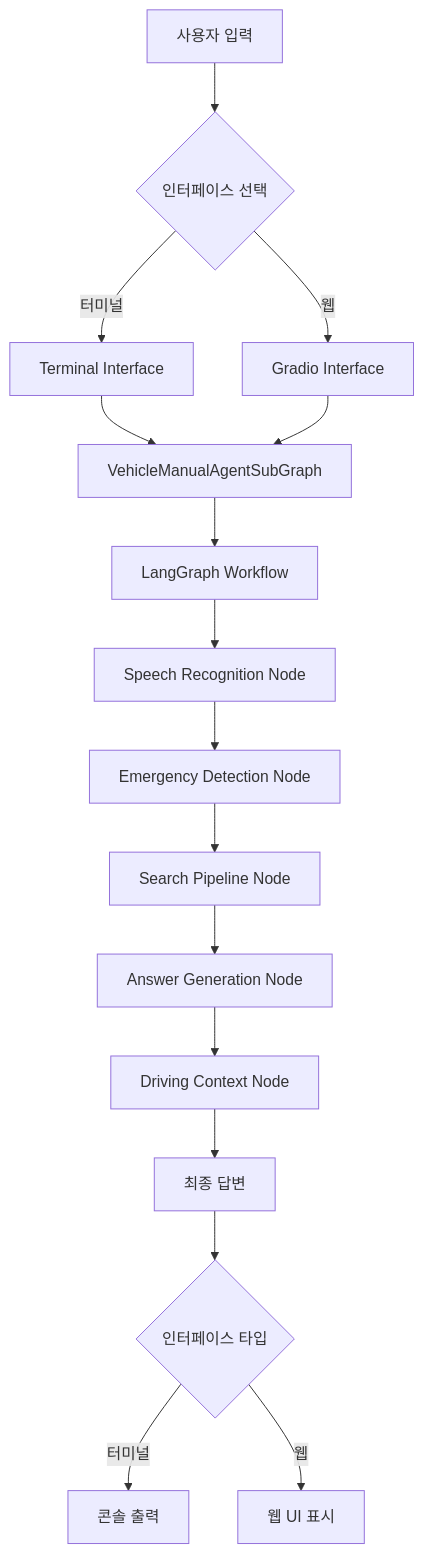
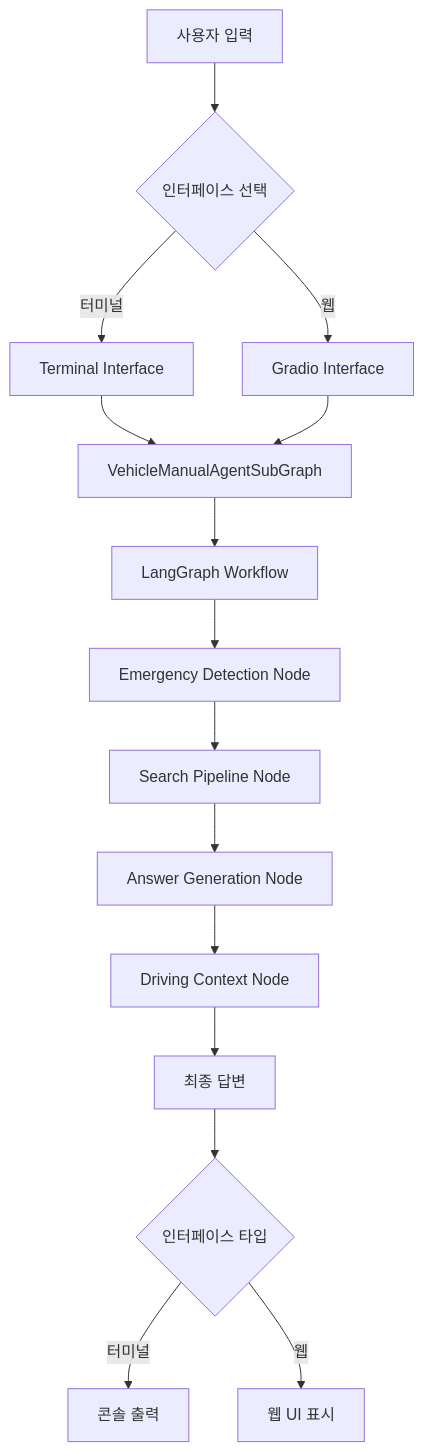
One commit to sungjikim/llm-project-vehicleManualAgent changed the first of 6 diagrams in vehicle_agent_flow_diagram.md. Above: the diagram before and after it, drawn with Mermaid. The commit also changed other lines of this file and 2 other files, not shown here.

Commit message:
diagram 보완 및 readme 보완 진행

````diff
--- a/vehicle_agent_flow_diagram.md
+++ b/vehicle_agent_flow_diagram.md
@@ -5,22 +5,21 @@
 ```mermaid
 graph TD
     A[사용자 입력] --> B{인터페이스 선택}
     B -->|터미널| C[Terminal Interface]
     B -->|웹| D[Gradio Interface]
     
     C --> E[VehicleManualAgentSubGraph]
     D --> E
     
     E --> F[LangGraph Workflow]
     
-    F --> G[Speech Recognition Node]
-    G --> H[Emergency Detection Node]
-    H --> I[Search Pipeline Node]
-    I --> J[Answer Generation Node]
-    J --> K[Driving Context Node]
-    K --> L[최종 답변]
+    F --> G[Emergency Detection Node]
+    G --> H[Search Pipeline Node]
+    H --> I[Answer Generation Node]
+    I --> J[Driving Context Node]
+    J --> K[최종 답변]
     
-    L --> M{인터페이스 타입}
-    M -->|터미널| N[콘솔 출력]
-    M -->|웹| O[웹 UI 표시]
+    K --> L{인터페이스 타입}
+    L -->|터미널| M[콘솔 출력]
+    L -->|웹| N[웹 UI 표시]
 ```
````
